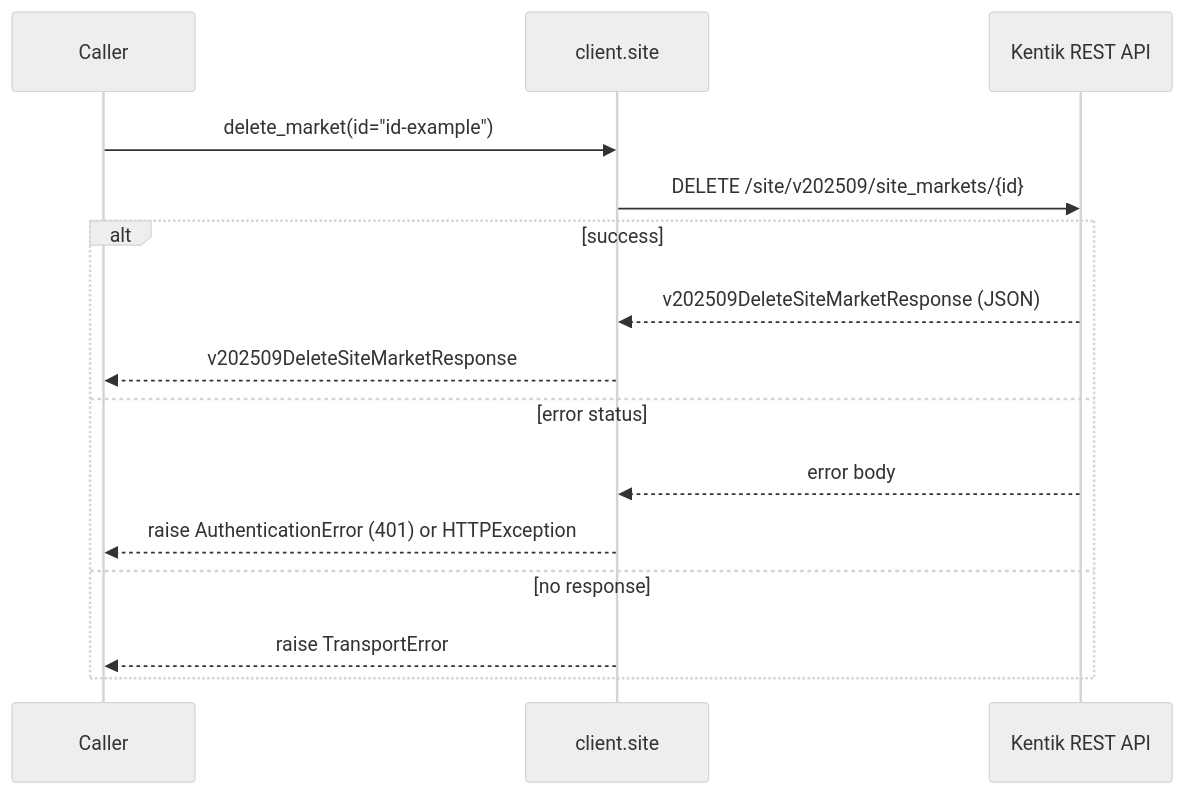
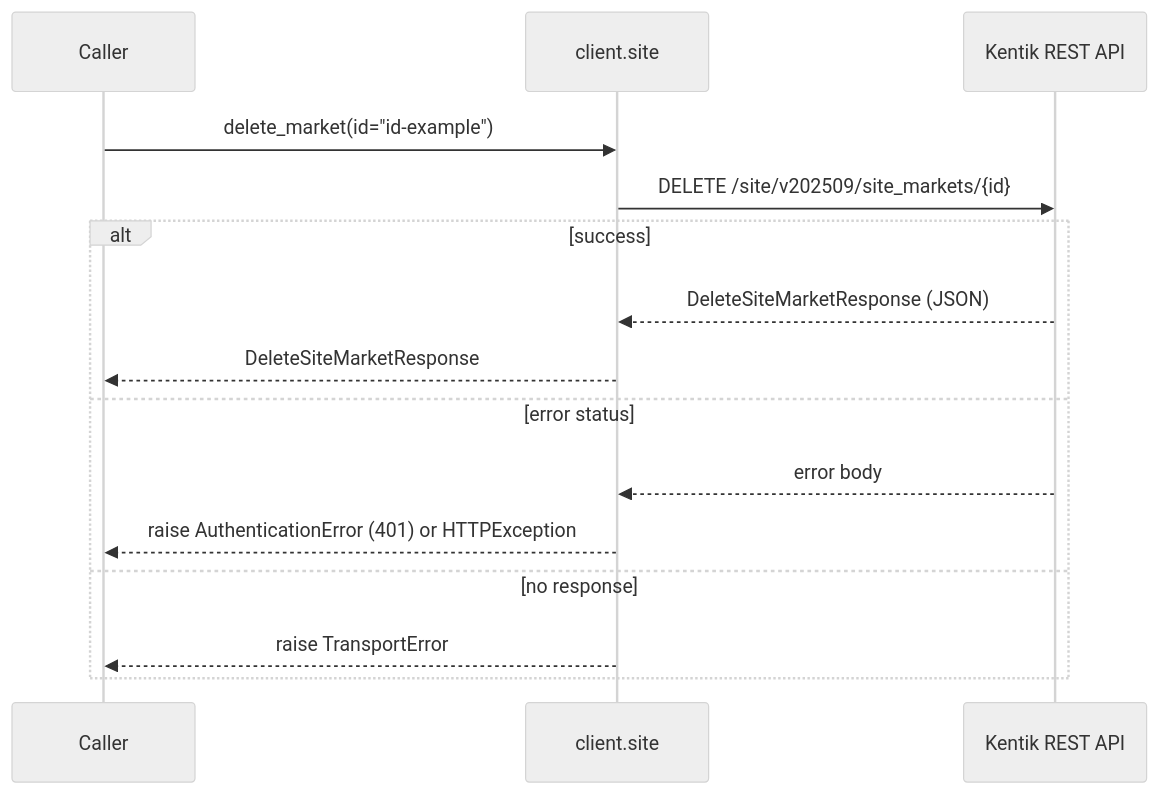
Before and after one commit to alexdearaujo/community_sdk_python: the tenth of 22 diagrams in docs/sphinx/services/site.md, drawn with Mermaid (neutral theme). The commit also changed other lines of this file and 38 other files, not shown here.

````diff
--- a/docs/sphinx/services/site.md
+++ b/docs/sphinx/services/site.md
@@ -336,18 +336,18 @@
 ```mermaid
 sequenceDiagram
     participant C as Caller
     participant W as client.site
     participant API as Kentik REST API
 
     C->>W: delete_market(id="id-example")
     W->>API: DELETE /site/v202509/site_markets/{id}
     alt success
-        API-->>W: v202509DeleteSiteMarketResponse (JSON)
-        W-->>C: v202509DeleteSiteMarketResponse
+        API-->>W: DeleteSiteMarketResponse (JSON)
+        W-->>C: DeleteSiteMarketResponse
     else error status
         API-->>W: error body
         W-->>C: raise AuthenticationError (401) or HTTPException
     else no response
         W-->>C: raise TransportError
     end
 ```
````
